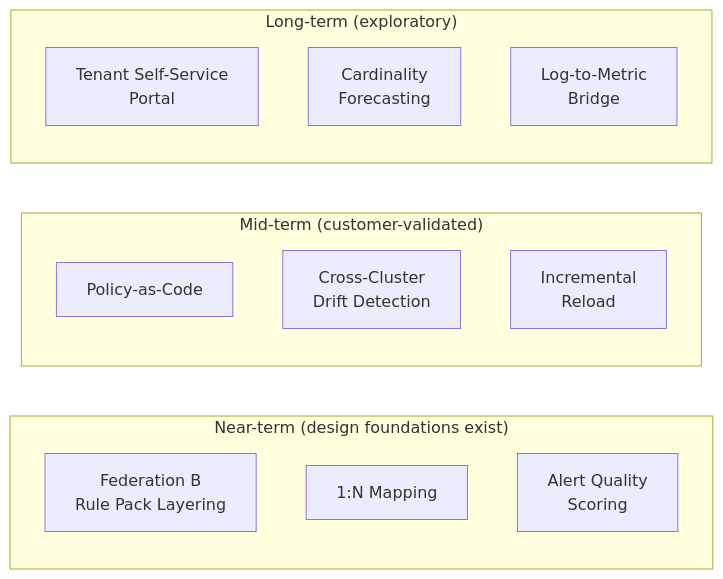
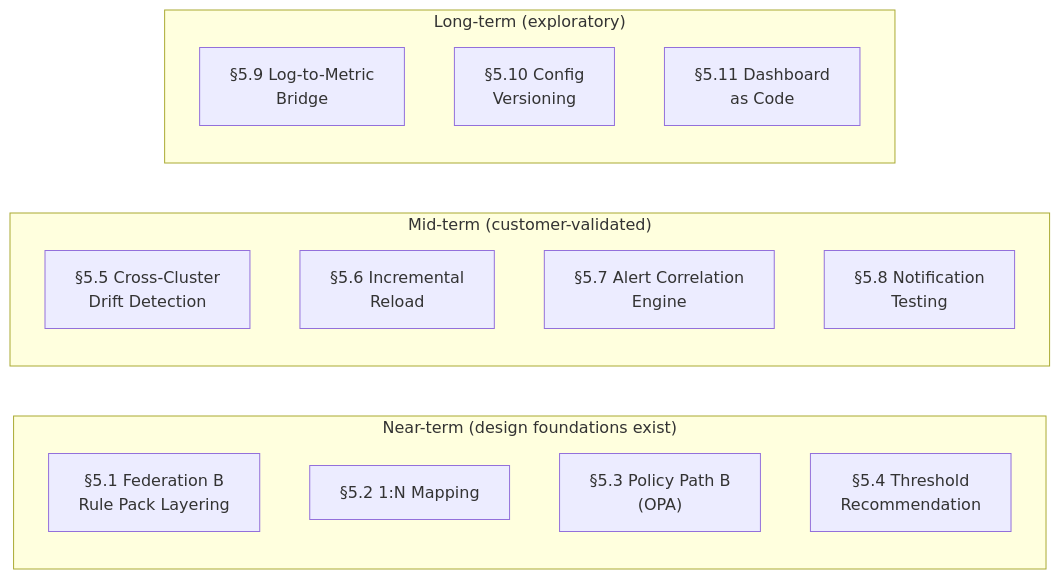
One commit to vencil/Dynamic-Alerting-Integrations changed the third of 3 diagrams in docs/architecture-and-design.en.md. Above: the diagram before and after it, drawn with Mermaid. The commit also changed other lines of this file and 88 other files, not shown here.

````diff
--- a/docs/architecture-and-design.en.md
+++ b/docs/architecture-and-design.en.md
@@ -793,18 +879,20 @@
 ```mermaid
 graph LR
     subgraph Near["Near-term (design foundations exist)"]
-        FB["Federation B<br/>Rule Pack Layering"]
-        NM["1:N Mapping"]
-        QS["Alert Quality<br/>Scoring"]
+        FB["§5.1 Federation B<br/>Rule Pack Layering"]
+        NM["§5.2 1:N Mapping"]
+        PB["§5.3 Policy Path B<br/>(OPA)"]
+        TR["§5.4 Threshold<br/>Recommendation"]
     end
     subgraph Mid["Mid-term (customer-validated)"]
-        PS["Policy-as-Code"]
-        CD["Cross-Cluster<br/>Drift Detection"]
-        IR["Incremental<br/>Reload"]
+        CD["§5.5 Cross-Cluster<br/>Drift Detection"]
+        IR["§5.6 Incremental<br/>Reload"]
+        AC["§5.7 Alert Correlation<br/>Engine"]
+        NT["§5.8 Notification<br/>Testing"]
     end
     subgraph Far["Long-term (exploratory)"]
-        SP["Tenant Self-Service<br/>Portal"]
-        CF["Cardinality<br/>Forecasting"]
-        LM["Log-to-Metric<br/>Bridge"]
+        LM["§5.9 Log-to-Metric<br/>Bridge"]
+        CV["§5.10 Config<br/>Versioning"]
+        GD["§5.11 Dashboard<br/>as Code"]
     end
 ```
````
